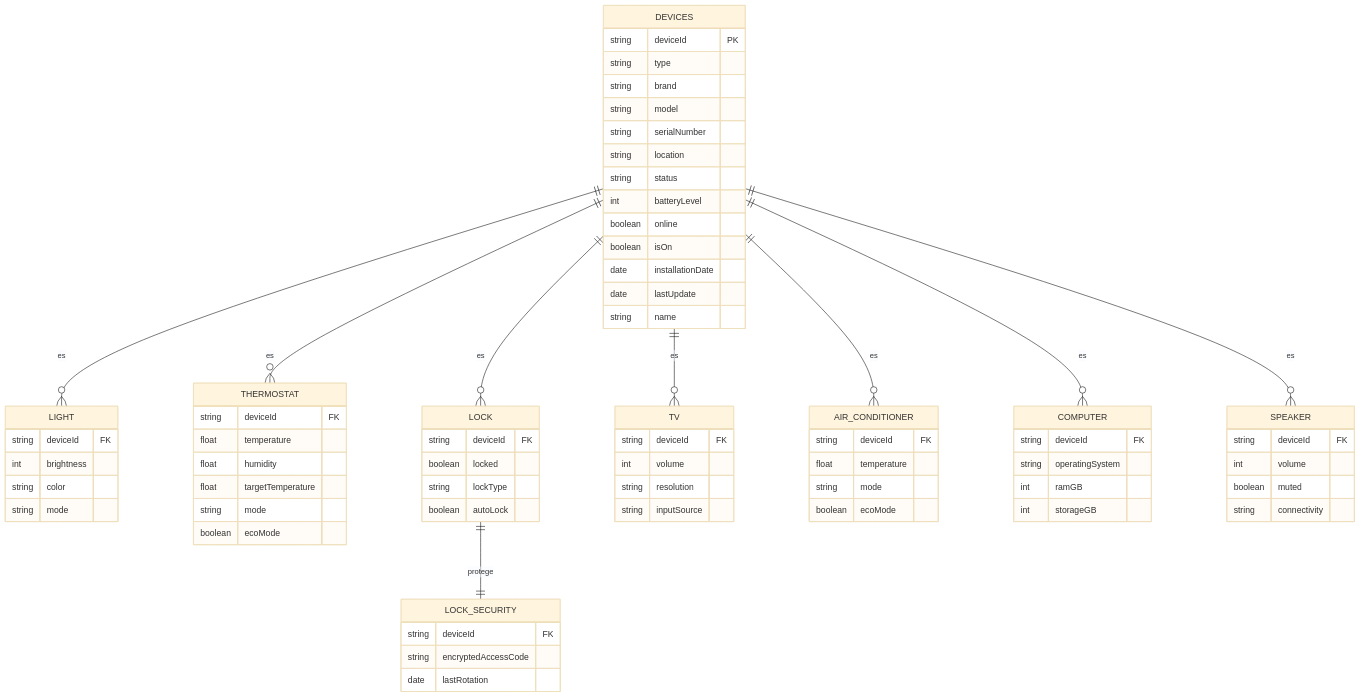
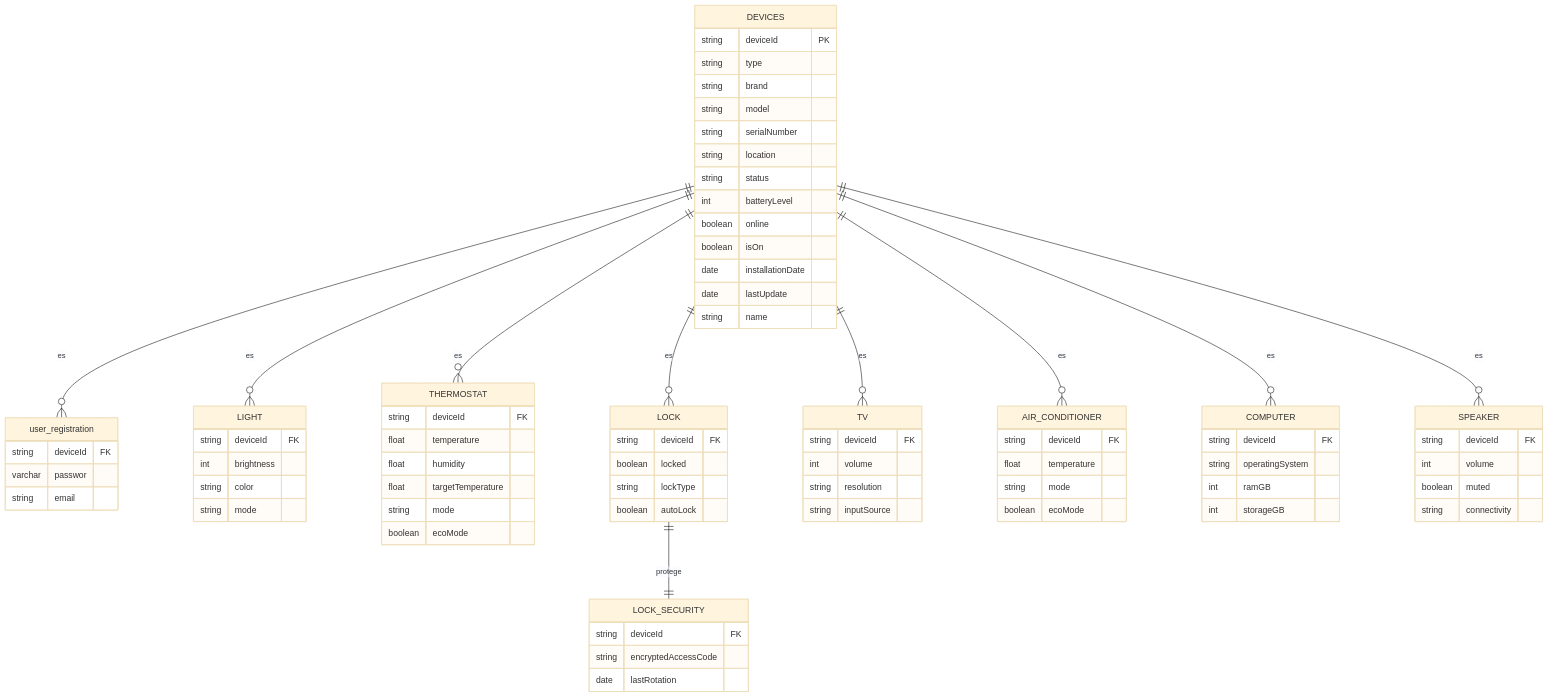
One commit to montalvocanojacquelinem3s2-cyber/CBTis47_log_dispositivoss_m3s2 changed the diagram in docs/schema.mmd. Above: the diagram before and after it, drawn with Mermaid (base theme).

Commit message:
Add user_registration schema with deviceId and email

```diff
--- a/docs/schema.mmd
+++ b/docs/schema.mmd
@@ -1,83 +1,88 @@
 erDiagram
 
     DEVICES {
         string deviceId PK
         string type
         string brand
         string model
         string serialNumber
         string location
         string status
         int batteryLevel
         boolean online
         boolean isOn
         date installationDate
         date lastUpdate
         string name
     }
 
+    user_registration {
+        string deviceId FK
+        varchar passwor
+        string email
+    }
     LIGHT {
         string deviceId FK
         int brightness
         string color
         string mode
     }
 
     THERMOSTAT {
         string deviceId FK
         float temperature
         float humidity
         float targetTemperature
         string mode
         boolean ecoMode
     }
 
     LOCK {
         string deviceId FK
         boolean locked
         string lockType
         boolean autoLock 
     }
 
     LOCK_SECURITY {
         string deviceId FK
         string encryptedAccessCode
         date lastRotation
     }
 
     TV {
         string deviceId FK
         int volume
         string resolution
         string inputSource
     }
 
     AIR_CONDITIONER {
         string deviceId FK
         float temperature
         string mode
         boolean ecoMode
     }
 
     COMPUTER {
         string deviceId FK
         string operatingSystem
         int ramGB
         int storageGB
     }
 
     SPEAKER {
         string deviceId FK
         int volume
         boolean muted
         string connectivity
     }
-
+    DEVICES ||--o{ user_registration : es
     DEVICES ||--o{ LIGHT : es
     DEVICES ||--o{ THERMOSTAT : es
     DEVICES ||--o{ LOCK : es
     DEVICES ||--o{ TV : es
     DEVICES ||--o{ AIR_CONDITIONER : es
     DEVICES ||--o{ COMPUTER : es
     DEVICES ||--o{ SPEAKER : es
     LOCK ||--|| LOCK_SECURITY : protege
```
